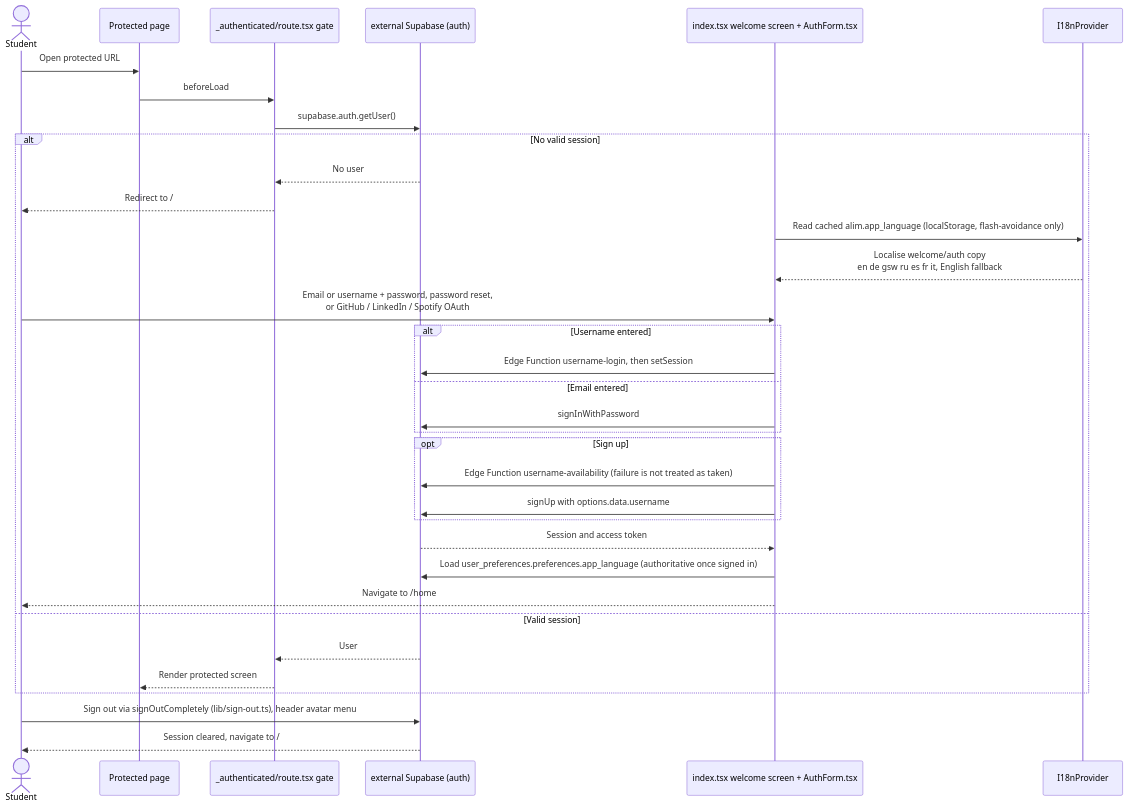
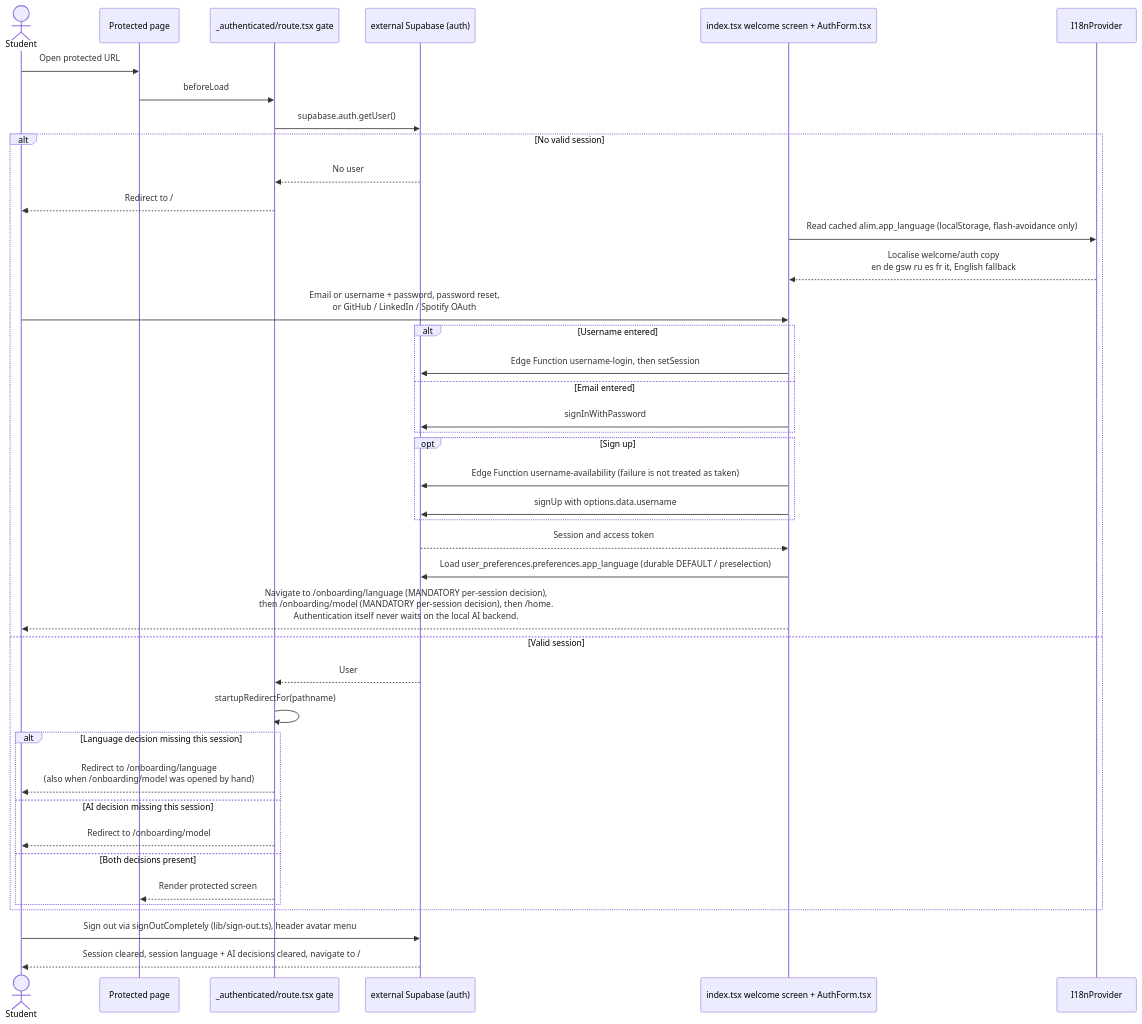
Before and after one commit to keyshavmor/study-swiss-star: the diagram in docs/wireframes/05-authentication.mmd, drawn with Mermaid. The commit also changed 4 other files, not shown here.

```diff
--- a/docs/wireframes/05-authentication.mmd
+++ b/docs/wireframes/05-authentication.mmd
@@ -1,35 +1,42 @@
 %% Authentication flow via _authenticated/route.tsx and AuthForm.tsx.
 sequenceDiagram
   actor Student
   participant Page as Protected page
   participant Gate as _authenticated/route.tsx gate
   participant Cloud as external Supabase (auth)
   participant Auth as index.tsx welcome screen + AuthForm.tsx
   participant I18n as I18nProvider
   Student->>Page: Open protected URL
   Page->>Gate: beforeLoad
   Gate->>Cloud: supabase.auth.getUser()
   alt No valid session
     Cloud-->>Gate: No user
     Gate-->>Student: Redirect to /
     Auth->>I18n: Read cached alim.app_language (localStorage, flash-avoidance only)
     I18n-->>Auth: Localise welcome/auth copy<br/>en de gsw ru es fr it, English fallback
     Student->>Auth: Email or username + password, password reset,<br/>or GitHub / LinkedIn / Spotify OAuth
     alt Username entered
       Auth->>Cloud: Edge Function username-login, then setSession
     else Email entered
       Auth->>Cloud: signInWithPassword
     end
     opt Sign up
       Auth->>Cloud: Edge Function username-availability (failure is not treated as taken)
       Auth->>Cloud: signUp with options.data.username
     end
     Cloud-->>Auth: Session and access token
-    Auth->>Cloud: Load user_preferences.preferences.app_language (authoritative once signed in)
-    Auth-->>Student: Navigate to /home
+    Auth->>Cloud: Load user_preferences.preferences.app_language (durable DEFAULT / preselection)
+    Auth-->>Student: Navigate to /onboarding/language (MANDATORY per-session decision),<br/>then /onboarding/model (MANDATORY per-session decision), then /home.<br/>Authentication itself never waits on the local AI backend.
   else Valid session
     Cloud-->>Gate: User
-    Gate-->>Page: Render protected screen
+    Gate->>Gate: startupRedirectFor(pathname)
+    alt Language decision missing this session
+      Gate-->>Student: Redirect to /onboarding/language<br/>(also when /onboarding/model was opened by hand)
+    else AI decision missing this session
+      Gate-->>Student: Redirect to /onboarding/model
+    else Both decisions present
+      Gate-->>Page: Render protected screen
+    end
   end
   Student->>Cloud: Sign out via signOutCompletely (lib/sign-out.ts), header avatar menu
-  Cloud-->>Student: Session cleared, navigate to /
+  Cloud-->>Student: Session cleared, session language + AI decisions cleared, navigate to /
```
